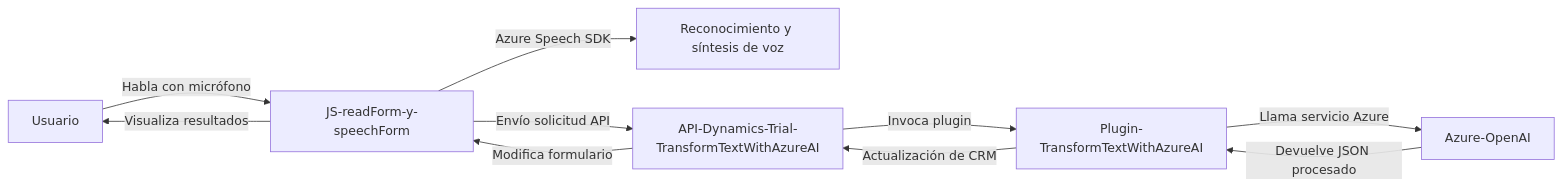
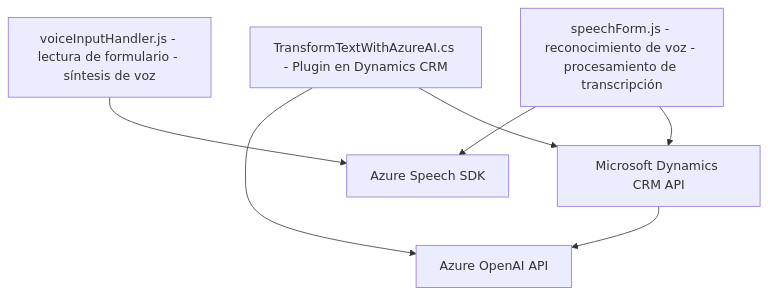
One commit to blopezdm/NETCORE_BILBAO2025 changed the diagram in README.md. Above: the diagram before and after it, drawn with Mermaid. The commit also changed other lines of this file, not shown here.

Commit message:
Actualizar análisis global de la solución con IA

````diff
--- a/README.md
+++ b/README.md
@@ -37,12 +36,16 @@
 ```mermaid
-graph LR
-    A[Usuario] -->|Habla con micrófono| B[JS-readForm-y-speechForm]
-    B -->|Azure Speech SDK| C[Reconocimiento y síntesis de voz]
-    B -->|Envío solicitud API| D[API-Dynamics-Trial-TransformTextWithAzureAI]
-    D -->|Invoca plugin| E[Plugin-TransformTextWithAzureAI]
-    E -->|Llama servicio Azure| F[Azure-OpenAI]
-    F -->|Devuelve JSON procesado| E
-    E -->|Actualización de CRM| D
-    D -->|Modifica formulario| B
-    B -->|Visualiza resultados| A
+graph TD
+    A["voiceInputHandler.js - lectura de formulario - síntesis de voz"]
+    B["speechForm.js - reconocimiento de voz - procesamiento de transcripción"]
+    C["TransformTextWithAzureAI.cs - Plugin en Dynamics CRM"]
+    D["Microsoft Dynamics CRM API"]
+    E["Azure Speech SDK"]
+    F["Azure OpenAI API"]
+
+    A --> E
+    B --> E
+    B --> D
+    C --> F
+    C --> D
+    D --> F
 ```
````
